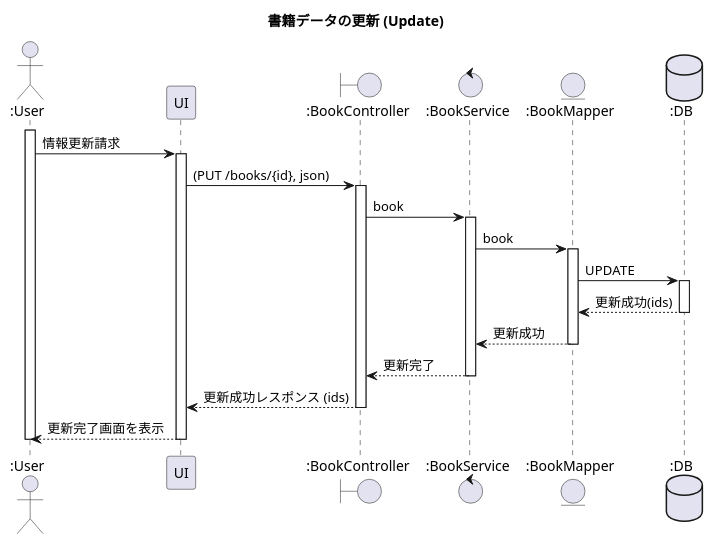
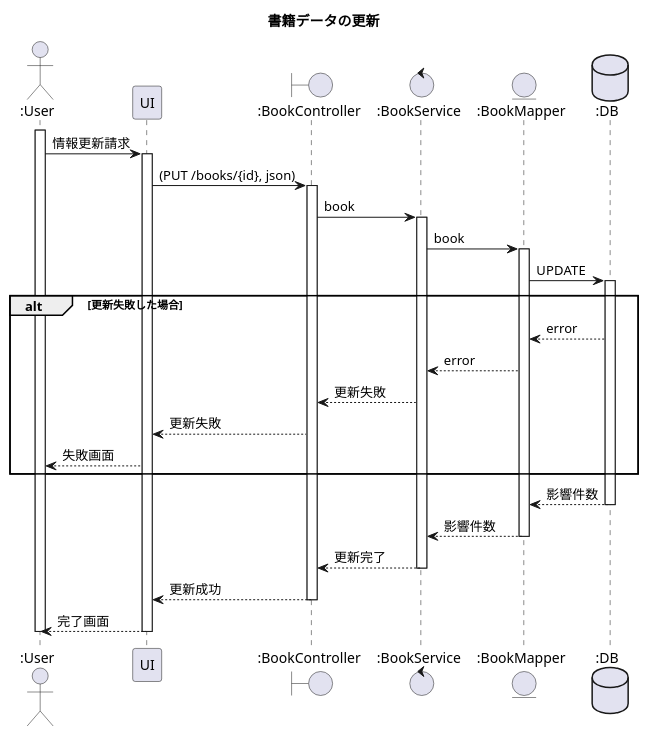
Before and after one commit to kien-ri/demo: the diagram in document/book/updateBook.puml, drawn with PlantUML. The commit also changed 4 other files, not shown here.

```diff
--- a/document/book/updateBook.puml
+++ b/document/book/updateBook.puml
@@ -1,25 +1,34 @@
 @startuml updateBook
 
-title 書籍データの更新 (Update)
+title 書籍データの更新
 
 actor ":User" as User
 participant "UI" as UI
 boundary ":BookController" as BookController
 control ":BookService" as BookService
 entity ":BookMapper" as BookMapper
 database ":DB" as DB
 
 activate User
 User -> UI ++ : 情報更新請求
 UI -> BookController ++ : (PUT /books/{id}, json)
 BookController -> BookService ++ : book
 BookService -> BookMapper ++ : book
 BookMapper -> DB ++ : UPDATE
-DB --> BookMapper -- : 更新成功(ids)
-BookMapper --> BookService -- : 更新成功
+
+alt 更新失敗した場合
+    DB --> BookMapper : error
+    BookMapper --> BookService : error
+    BookService --> BookController : 更新失敗
+    BookController --> UI : 更新失敗
+    UI --> User : 失敗画面
+end
+
+DB --> BookMapper -- : 影響件数
+BookMapper --> BookService -- : 影響件数
 BookService --> BookController -- : 更新完了
-BookController --> UI -- : 更新成功レスポンス (ids)
-UI --> User -- : 更新完了画面を表示
+BookController --> UI -- : 更新成功
+UI --> User -- : 完了画面
 deactivate User
 
 @enduml
```
